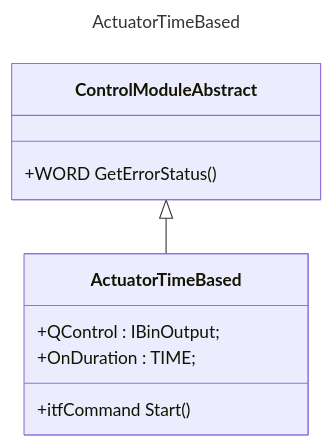
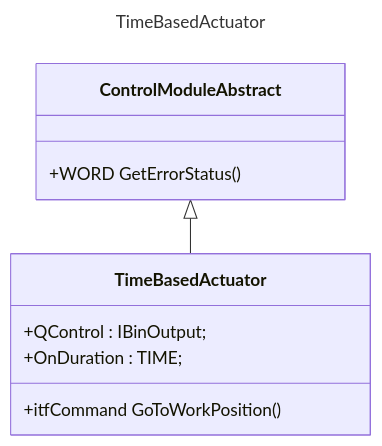
One commit to simatic-ax/axftcmlib changed the second of 4 diagrams in README.md. Above: the diagram before and after it, drawn with Mermaid. The commit also changed other lines of this file, not shown here.

Commit message:
adapt readme

````diff
--- a/README.md
+++ b/README.md
@@ -61,15 +61,15 @@
 ```mermaid
 ---
-title: ActuatorTimeBased
+title: TimeBasedActuator
 ---
 classDiagram
-    ControlModuleAbstract <|-- ActuatorTimeBased
+    ControlModuleAbstract <|-- TimeBasedActuator
     class ControlModuleAbstract{
         +WORD GetErrorStatus()
     }
-    class ActuatorTimeBased{
+    class TimeBasedActuator{
         +QControl : IBinOutput;
         +OnDuration : TIME;
-        +itfCommand Start()
+        +itfCommand GoToWorkPosition()
     }
 ```
````
